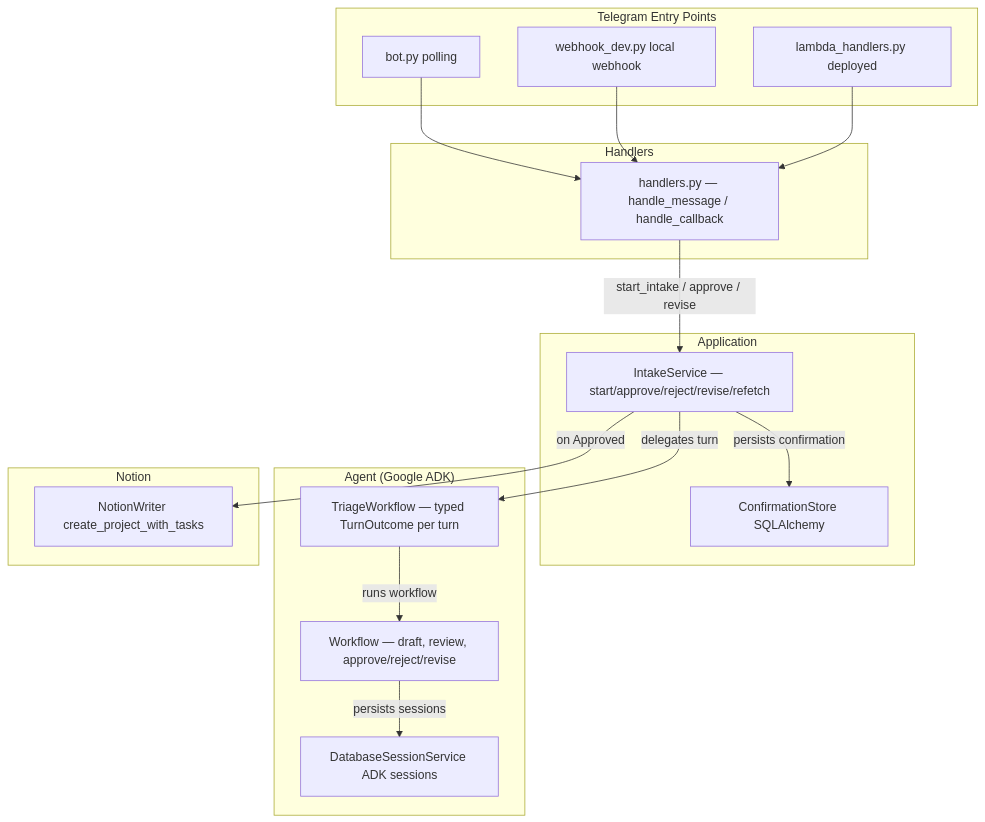
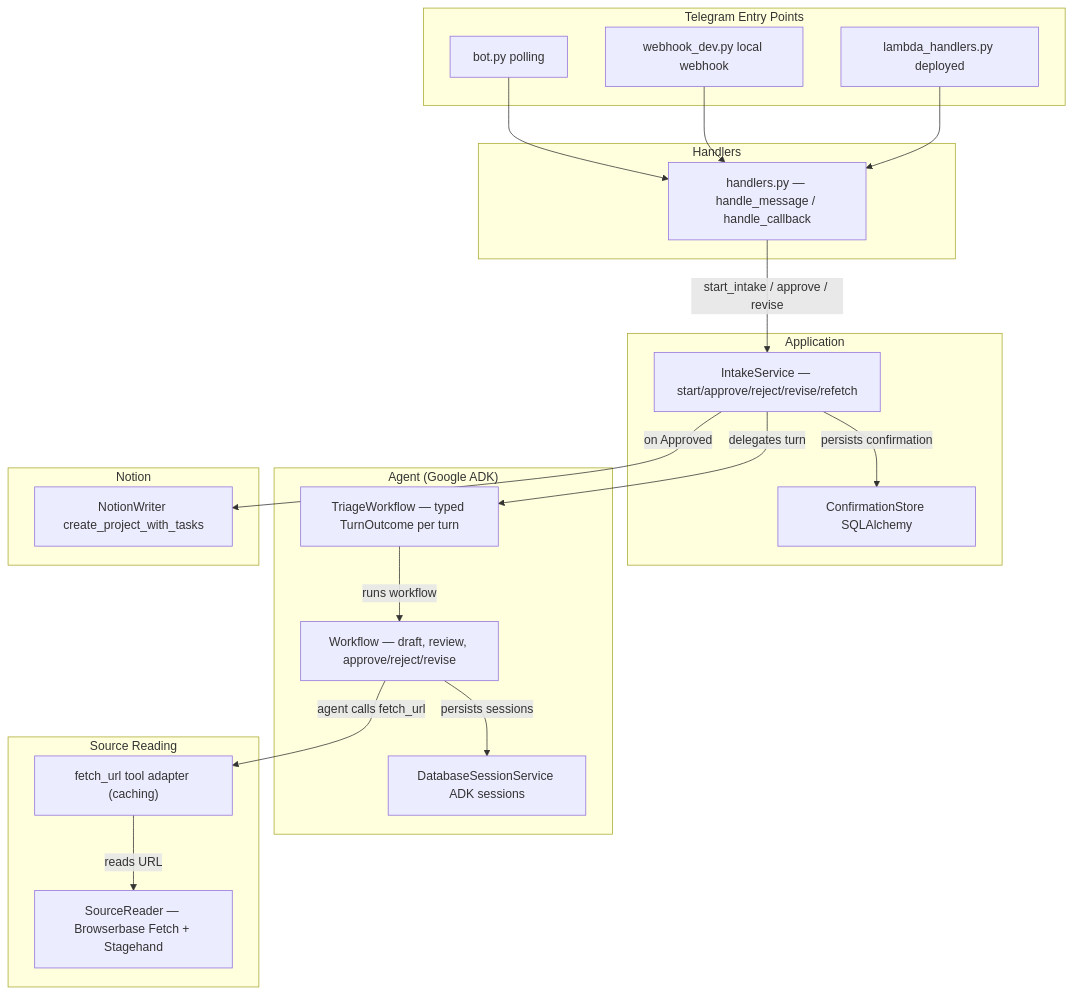
One commit to iamtokarev/backlog-tamer changed the diagram in openwiki/architecture/overview.md. Above: the diagram before and after it, drawn with Mermaid. The commit also changed other lines of this file and 29 other files, not shown here.

Commit message:
feat: replace source retrieval with Browserbase and Stagehand

````diff
--- a/openwiki/architecture/overview.md
+++ b/openwiki/architecture/overview.md
@@ -52,37 +53,44 @@
 ```mermaid
 flowchart TD
     subgraph "Telegram Entry Points"
         A1["bot.py polling"]
         A2["webhook_dev.py local webhook"]
         A3["lambda_handlers.py deployed"]
     end
 
     subgraph "Handlers"
         H["handlers.py — handle_message / handle_callback"]
     end
 
     subgraph "Application"
         IS["IntakeService — start/approve/reject/revise/refetch"]
         CS["ConfirmationStore SQLAlchemy"]
     end
 
     subgraph "Agent (Google ADK)"
         TW["TriageWorkflow — typed TurnOutcome per turn"]
         WF["Workflow — draft, review, approve/reject/revise"]
         DS["DatabaseSessionService ADK sessions"]
     end
 
     subgraph "Notion"
         NW["NotionWriter create_project_with_tasks"]
     end
 
+    subgraph "Source Reading"
+        SR["SourceReader — Browserbase Fetch + Stagehand"]
+        FU["fetch_url tool adapter (caching)"]
+    end
+
     A1 --> H
     A2 --> H
     A3 --> H
     H -->|"start_intake / approve / revise"| IS
     IS -->|"delegates turn"| TW
     TW -->|"runs workflow"| WF
     WF -->|"persists sessions"| DS
+    WF -->|"agent calls fetch_url"| FU
+    FU -->|"reads URL"| SR
     IS -->|"persists confirmation"| CS
     IS -->|"on Approved"| NW
 ```
````
